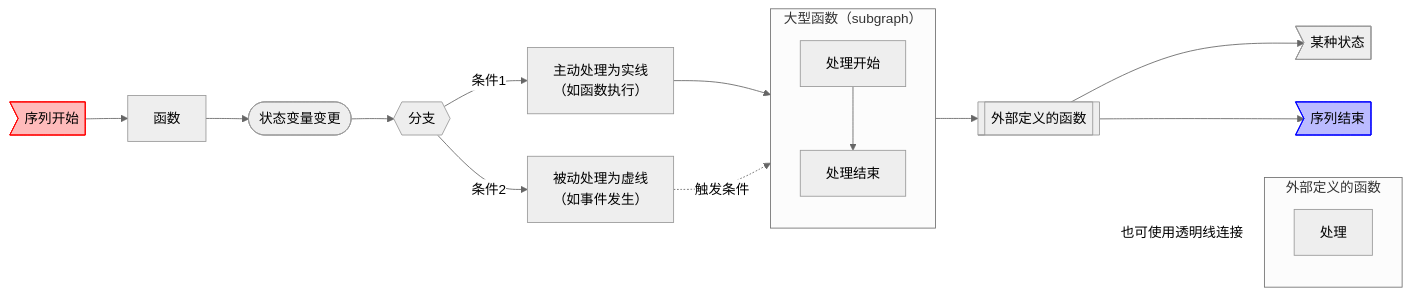
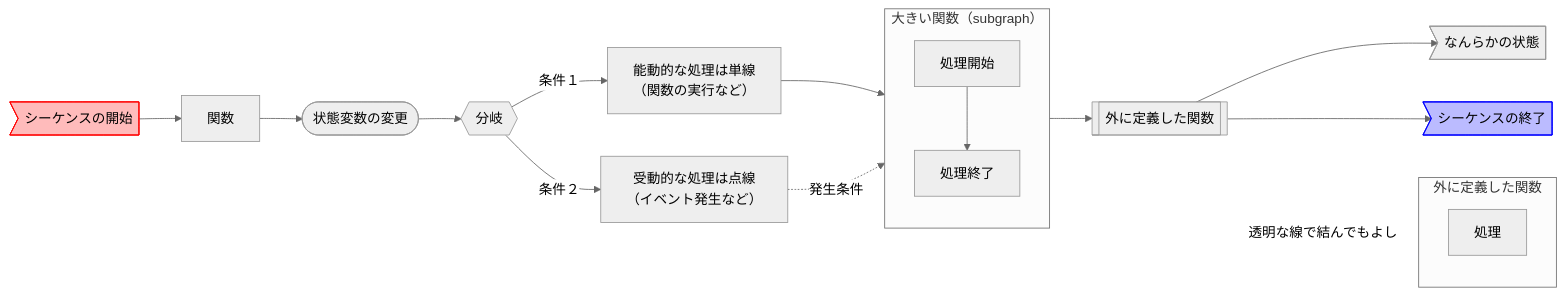
One commit to WERTYUS11/VOICEVOX changed the second of 2 diagrams in docs/コードの歩き方.md. Above: the diagram before and after it, drawn with Mermaid (neutral theme). The commit also changed other lines of this file and 77 other files, not shown here.

````diff
--- a/docs/コードの歩き方.md
+++ b/docs/コードの歩き方.md
@@ -151,22 +151,22 @@
 ```mermaid
 flowchart LR
-  817736>"序列开始"] --> 584587["函数"]
+  817736>"シーケンスの開始"] --> 584587["関数"]
   style 817736 fill:#ffbbbb,stroke:#ff0000
-  584587 --> 965553(["状态变量变更"])
-  965553 --> 945949{{"分支"}}
-  945949 -->|"条件1"| 366994["主动处理为实线\n（如函数执行）"]
-  945949 -->|"条件2"| 871294["被动处理为虚线\n（如事件发生）"]
-  366994 --> 617606["大型函数（subgraph）"]
-  871294 -.->|"触发条件"| 617606
-  572391[["外部定义的函数"]] --> 314405>"某种状态"]
-  572391 --> 230853>"序列结束"]
+  584587 --> 965553(["状態変数の変更"])
+  965553 --> 945949{{"分岐"}}
+  945949 -->|"条件１"| 366994["能動的な処理は単線\n（関数の実行など）"]
+  945949 -->|"条件２"| 871294["受動的な処理は点線\n（イベント発生など）"]
+  366994 --> 617606["大きい関数（subgraph）"]
+  871294 -.->|"発生条件"| 617606
+  572391[["外に定義した関数"]] --> 314405>"なんらかの状態"]
+  572391 --> 230853>"シーケンスの終了"]
   style 230853 fill:#bbbbff,stroke:#0000ff
   617606 --> 572391
-  572391 ~~~|"也可使用透明线连接"| 513532["外部定义的函数"]
-  subgraph 617606["大型函数（subgraph）"]
-    776462["处理开始"] --> 992786["处理结束"]
+  572391 ~~~|"透明な線で結んでもよし"| 513532["外に定義した関数"]
+  subgraph 617606["大きい関数（subgraph）"]
+    776462["処理開始"] --> 992786["処理終了"]
   end
-  subgraph 513532["外部定义的函数"]
-    327013["处理"]
+  subgraph 513532["外に定義した関数"]
+    327013["処理"]
   end
 ```
````
